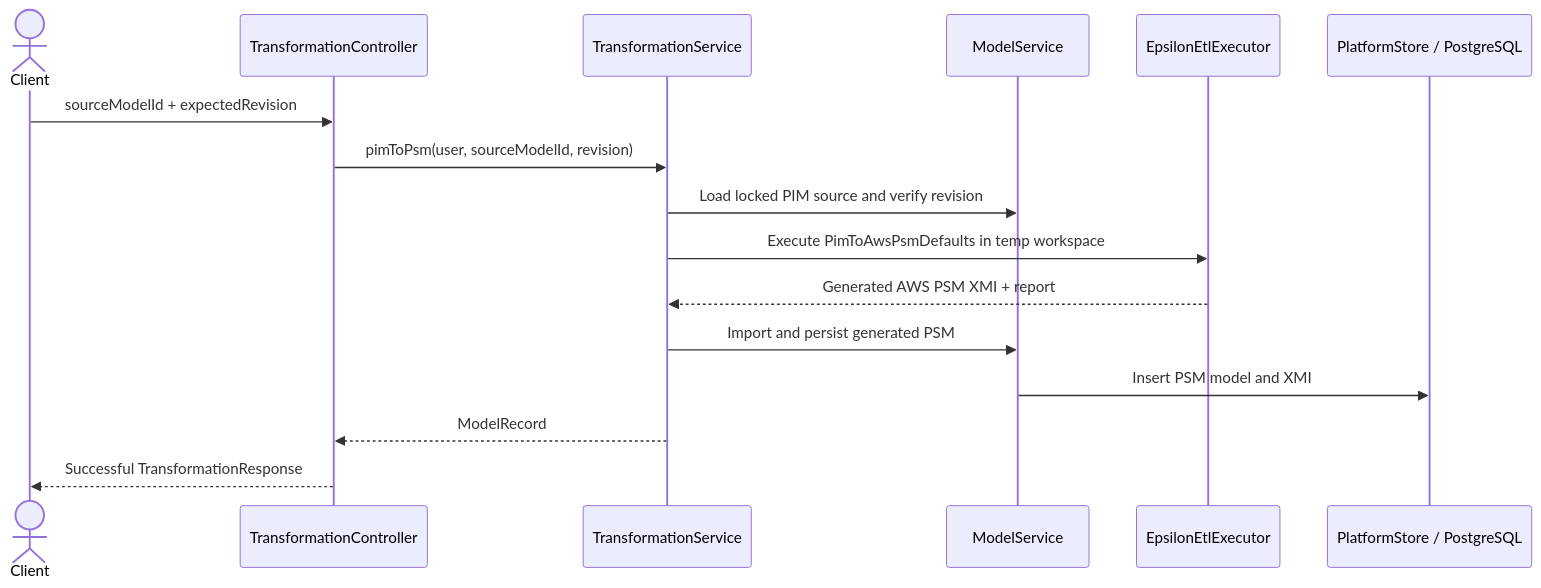
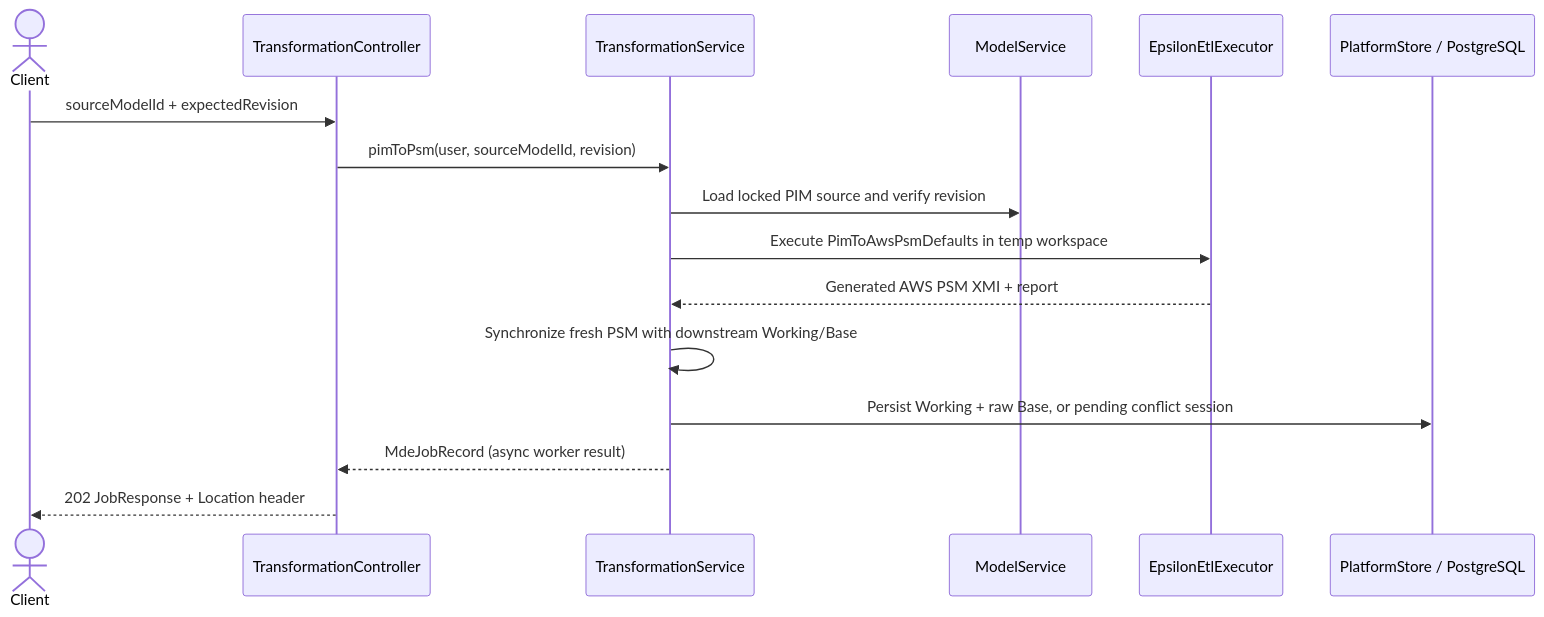
One commit to mehdieidi/modriss changed the second of 11 diagrams in docs/diagrams/11-api-transformation-artifact-sequences.md. Above: the diagram before and after it, drawn with Mermaid. The commit also changed other lines of this file and 13 other files, not shown here.

````diff
--- a/docs/diagrams/11-api-transformation-artifact-sequences.md
+++ b/docs/diagrams/11-api-transformation-artifact-sequences.md
@@ -26,18 +26,18 @@
 ```mermaid
 sequenceDiagram
     actor Client
     participant C as TransformationController
     participant T as TransformationService
     participant M as ModelService
     participant ETL as EpsilonEtlExecutor
     participant DB as PlatformStore / PostgreSQL
     Client->>C: sourceModelId + expectedRevision
     C->>T: pimToPsm(user, sourceModelId, revision)
     T->>M: Load locked PIM source and verify revision
     T->>ETL: Execute PimToAwsPsmDefaults in temp workspace
     ETL-->>T: Generated AWS PSM XMI + report
-    T->>M: Import and persist generated PSM
-    M->>DB: Insert PSM model and XMI
-    T-->>C: ModelRecord
-    C-->>Client: Successful TransformationResponse
+    T->>T: Synchronize fresh PSM with downstream Working/Base
+    T->>DB: Persist Working + raw Base, or pending conflict session
+    T-->>C: MdeJobRecord (async worker result)
+    C-->>Client: 202 JobResponse + Location header
 ```
````
